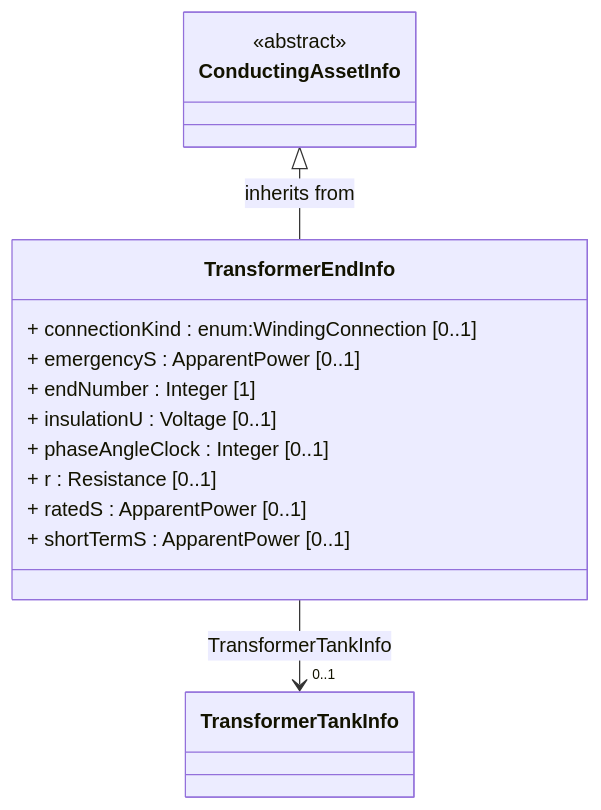
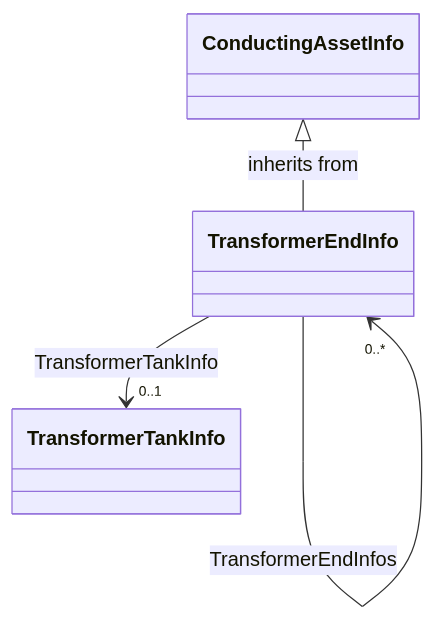
The fifth of 14 diagrams in cimgraph/data_profile/cim18gmdm/asset/Asset.rdfs-t2b.md (PNNL-CIM-Tools/CIM-Graph), drawn with Mermaid before and after one commit. The commit also changed other lines of this file and 4 other files, not shown here.

````diff
--- a/cimgraph/data_profile/cim18gmdm/asset/Asset.rdfs-t2b.md
+++ b/cimgraph/data_profile/cim18gmdm/asset/Asset.rdfs-t2b.md
@@ -274,25 +276,8 @@
 ```mermaid
 classDiagram
-direction TB
-
-class TransformerEndInfo {
-+ connectionKind : enum:WindingConnection [0..1]
-+ emergencyS : ApparentPower [0..1]
-+ endNumber : Integer [1]
-+ insulationU : Voltage [0..1]
-+ phaseAngleClock : Integer [0..1]
-+ r : Resistance [0..1]
-+ ratedS : ApparentPower [0..1]
-+ shortTermS : ApparentPower [0..1]
+class TransformerEndInfo{
 }
-
-class ConductingAssetInfo {
-<<abstract>>
-}
-
 ConductingAssetInfo <|-- TransformerEndInfo : inherits from
-class TransformerTankInfo {
-}
-
 TransformerEndInfo --> "0..1" TransformerTankInfo : TransformerTankInfo
+TransformerEndInfo --> "0..*" TransformerEndInfo : TransformerEndInfos
 ```
````
